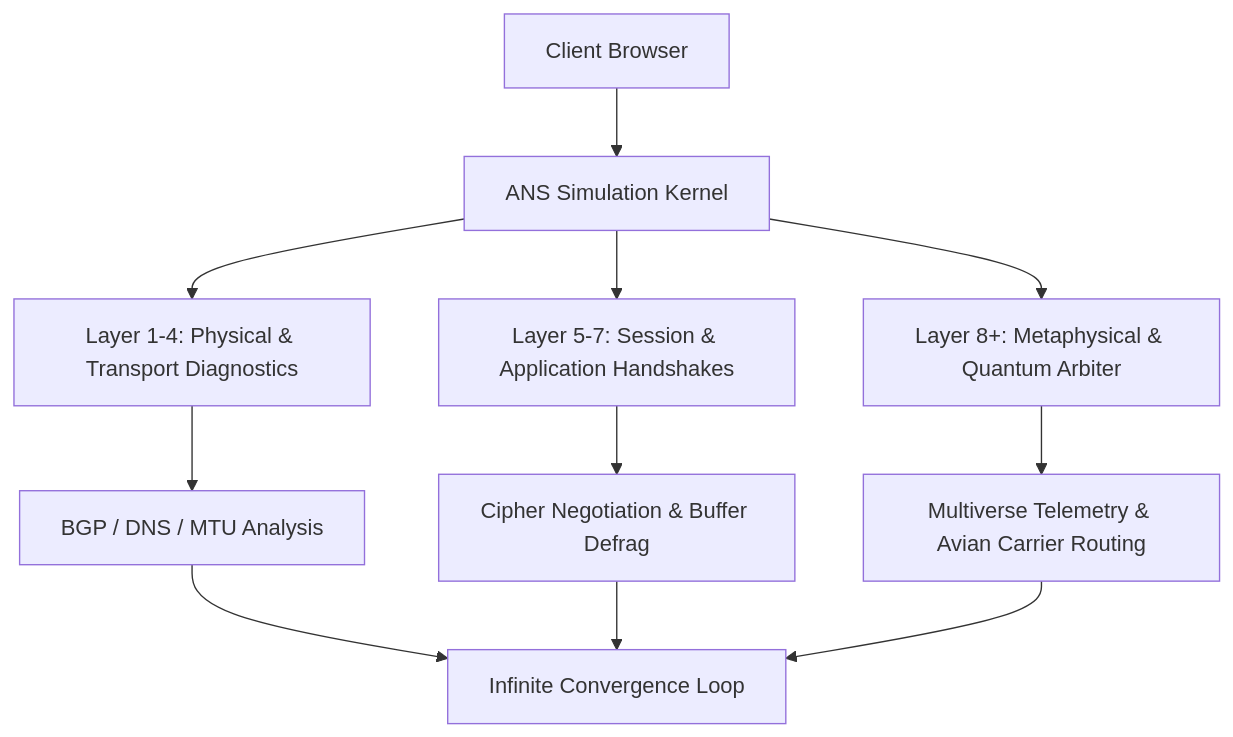
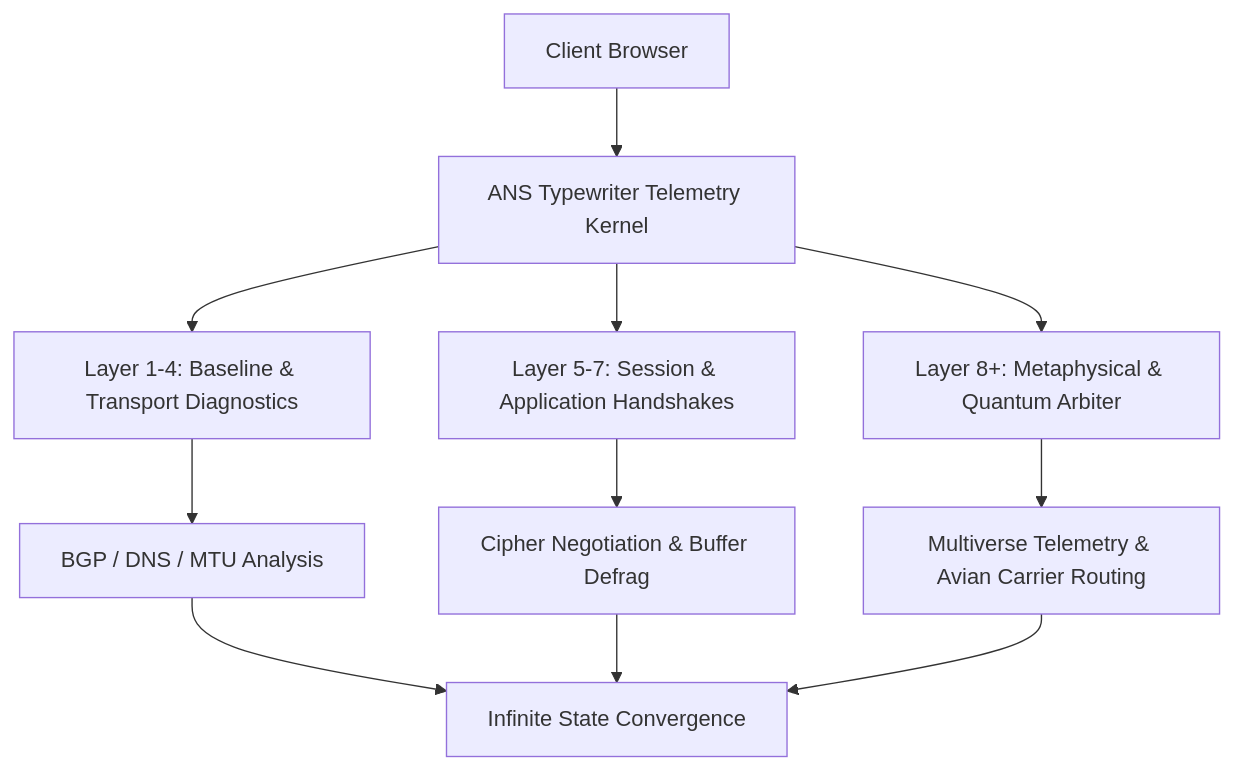
The diagram in README.md (MattBruce/advancednetworksimulator), drawn with Mermaid before and after one commit. The commit also changed other lines of this file and 3 other files, not shown here.

````diff
--- a/README.md
+++ b/README.md
@@ -34,11 +34,11 @@
 ```mermaid
 graph TD
-    A[Client Browser] --> B[ANS Simulation Kernel]
-    B --> C[Layer 1-4: Physical & Transport Diagnostics]
+    A[Client Browser] --> B[ANS Typewriter Telemetry Kernel]
+    B --> C[Layer 1-4: Baseline & Transport Diagnostics]
     B --> D[Layer 5-7: Session & Application Handshakes]
     B --> E[Layer 8+: Metaphysical & Quantum Arbiter]
     C --> F[BGP / DNS / MTU Analysis]
     D --> G[Cipher Negotiation & Buffer Defrag]
     E --> H[Multiverse Telemetry & Avian Carrier Routing]
-    F & G & H --> I[Infinite Convergence Loop]
+    F & G & H --> I[Infinite State Convergence]
 ```
````
